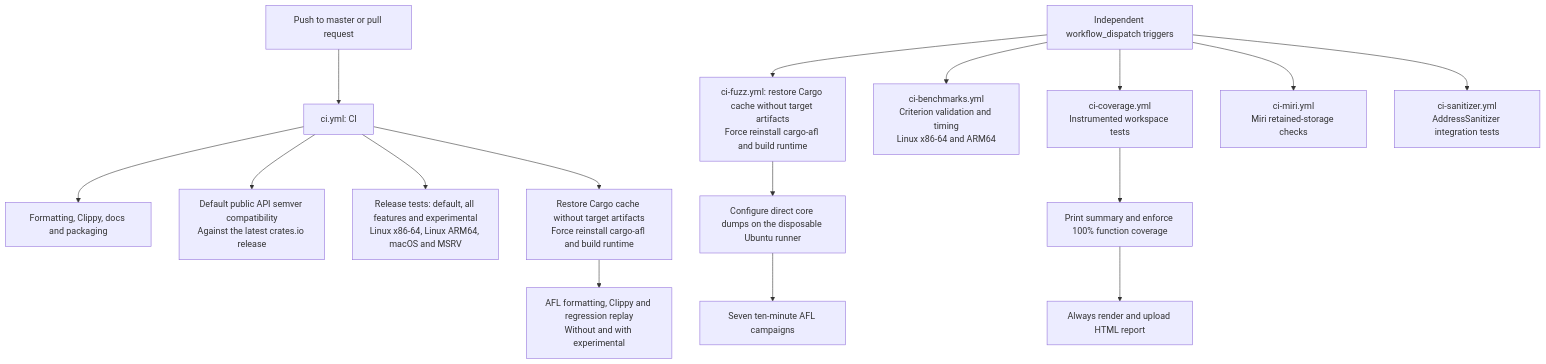
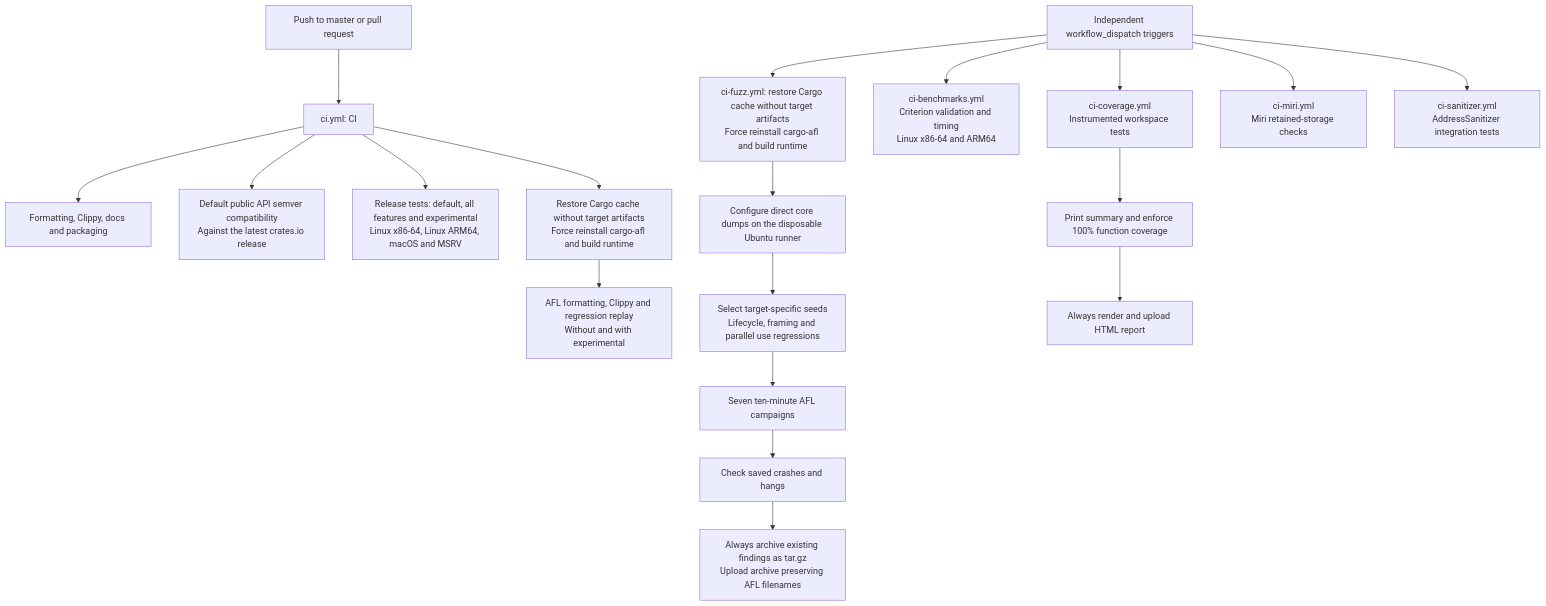
The diagram in architecture/ci.md (Mnwa/mbrotli), drawn with Mermaid before and after one commit. The commit also changed other lines of this file and 2 other files, not shown here.

````diff
--- a/architecture/ci.md
+++ b/architecture/ci.md
@@ -6,18 +6,21 @@
 ```mermaid
 flowchart TD
     automatic["Push to master or pull request"] --> fast["ci.yml: CI"]
     fast --> check["Formatting, Clippy, docs and packaging"]
     fast --> semver["Default public API semver compatibility<br/>Against the latest crates.io release"]
     fast --> tests["Release tests: default, all features and experimental<br/>Linux x86-64, Linux ARM64, macOS and MSRV"]
     fast --> replaySetup["Restore Cargo cache without target artifacts<br/>Force reinstall cargo-afl and build runtime"]
     replaySetup --> replay["AFL formatting, Clippy and regression replay<br/>Without and with experimental"]
     manual["Independent workflow_dispatch triggers"] --> fuzzSetup["ci-fuzz.yml: restore Cargo cache without target artifacts<br/>Force reinstall cargo-afl and build runtime"]
     fuzzSetup --> crashSetup["Configure direct core dumps on the disposable Ubuntu runner"]
-    crashSetup --> fuzz["Seven ten-minute AFL campaigns"]
+    crashSetup --> seeds["Select target-specific seeds<br/>Lifecycle, framing and parallel use regressions"]
+    seeds --> fuzz["Seven ten-minute AFL campaigns"]
+    fuzz --> findings["Check saved crashes and hangs"]
+    findings --> archive["Always archive existing findings as tar.gz<br/>Upload archive preserving AFL filenames"]
     manual --> bench["ci-benchmarks.yml<br/>Criterion validation and timing<br/>Linux x86-64 and ARM64"]
     manual --> coverage["ci-coverage.yml<br/>Instrumented workspace tests"]
     coverage --> coverageGate["Print summary and enforce 100% function coverage"]
     coverageGate --> coverageReport["Always render and upload HTML report"]
     manual --> miri["ci-miri.yml<br/>Miri retained-storage checks"]
     manual --> asan["ci-sanitizer.yml<br/>AddressSanitizer integration tests"]
 ```
````
